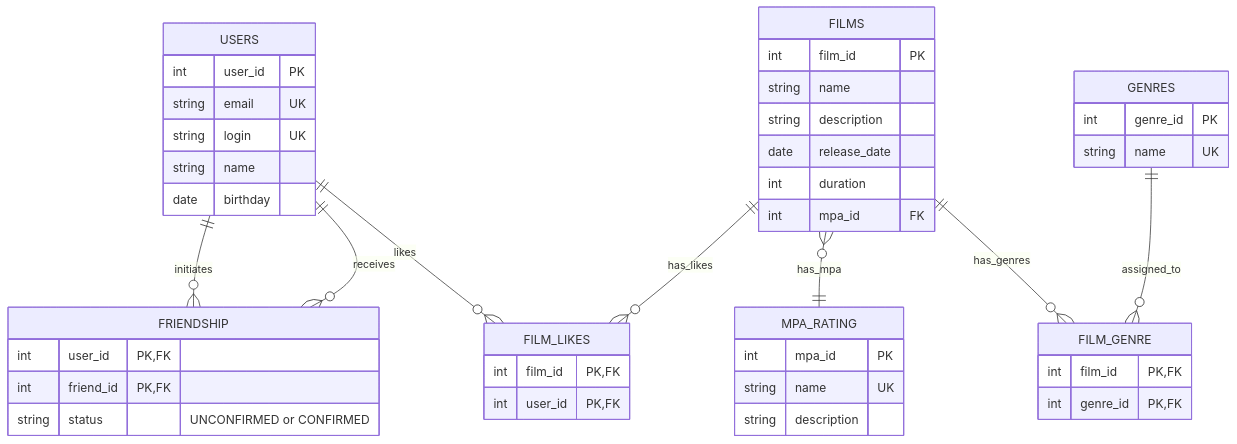
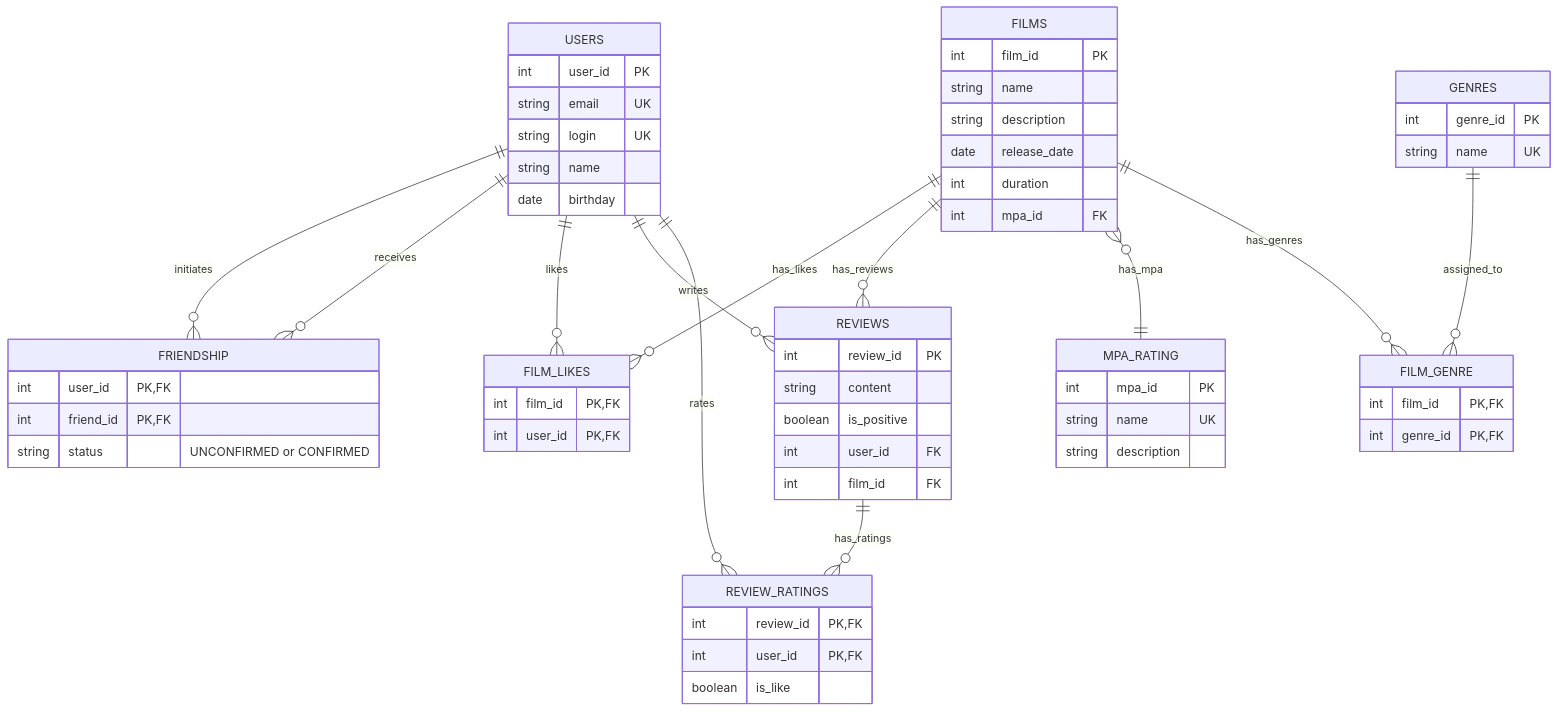
One commit to Kirill2511/Filmorate changed the diagram in README.md. Above: the diagram before and after it, drawn with Mermaid. The commit also changed other lines of this file and 11 other files, not shown here.

````diff
--- a/README.md
+++ b/README.md
@@ -7,54 +7,72 @@
 ```mermaid
 erDiagram
     USERS ||--o{ FRIENDSHIP : "initiates"
     USERS ||--o{ FRIENDSHIP : "receives"
     USERS ||--o{ FILM_LIKES : "likes"
+    USERS ||--o{ REVIEWS : "writes"
+    USERS ||--o{ REVIEW_RATINGS : "rates"
     FILMS ||--o{ FILM_LIKES : "has_likes"
+    FILMS ||--o{ REVIEWS : "has_reviews"
     FILMS }o--|| MPA_RATING : "has_mpa"
     FILMS ||--o{ FILM_GENRE : "has_genres"
     GENRES ||--o{ FILM_GENRE : "assigned_to"
+    REVIEWS ||--o{ REVIEW_RATINGS : "has_ratings"
 
     USERS {
         int user_id PK
         string email UK
         string login UK
         string name
         date birthday
     }
 
     FRIENDSHIP {
         int user_id PK,FK
         int friend_id PK,FK
         string status "UNCONFIRMED or CONFIRMED"
     }
 
     FILMS {
         int film_id PK
         string name
         string description
         date release_date
         int duration
         int mpa_id FK
     }
 
     MPA_RATING {
         int mpa_id PK
         string name UK
         string description
     }
 
     GENRES {
         int genre_id PK
         string name UK
     }
 
     FILM_GENRE {
         int film_id PK,FK
         int genre_id PK,FK
     }
 
     FILM_LIKES {
         int film_id PK,FK
         int user_id PK,FK
     }
+
+    REVIEWS {
+        int review_id PK
+        string content
+        boolean is_positive
+        int user_id FK
+        int film_id FK
+    }
+
+    REVIEW_RATINGS {
+        int review_id PK,FK
+        int user_id PK,FK
+        boolean is_like
+    }
 ```
````
